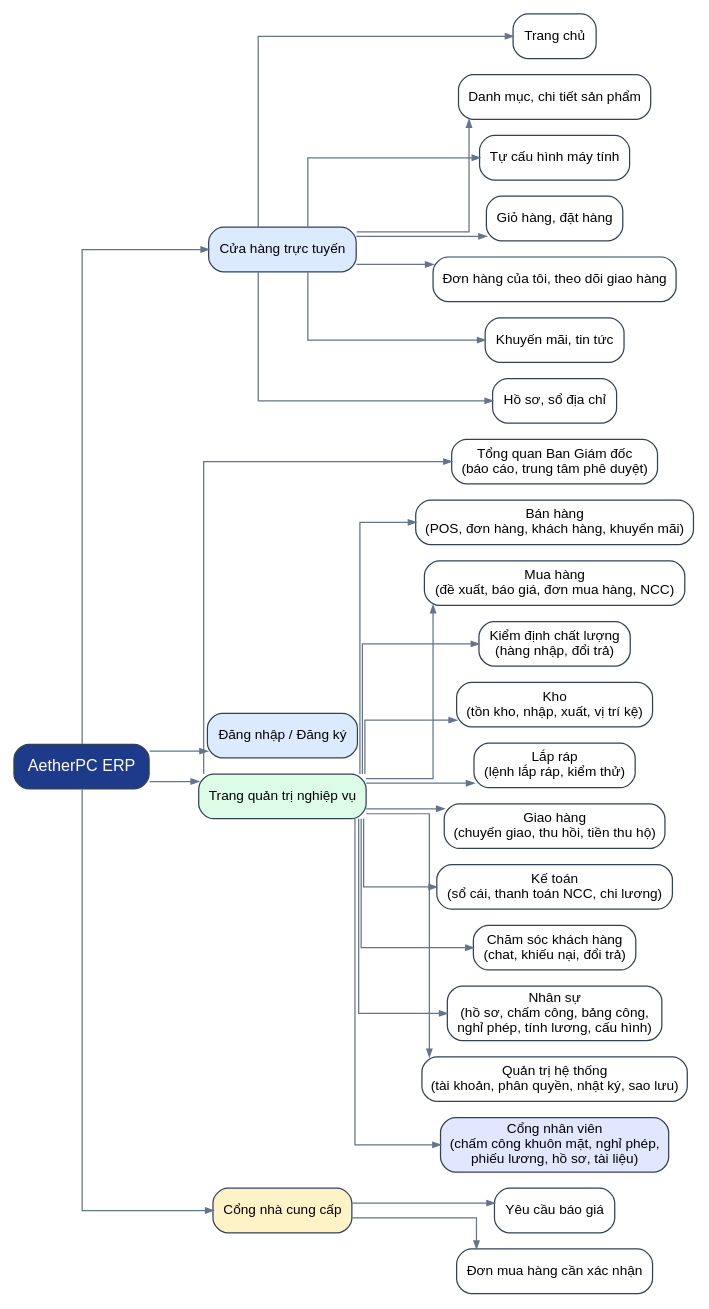
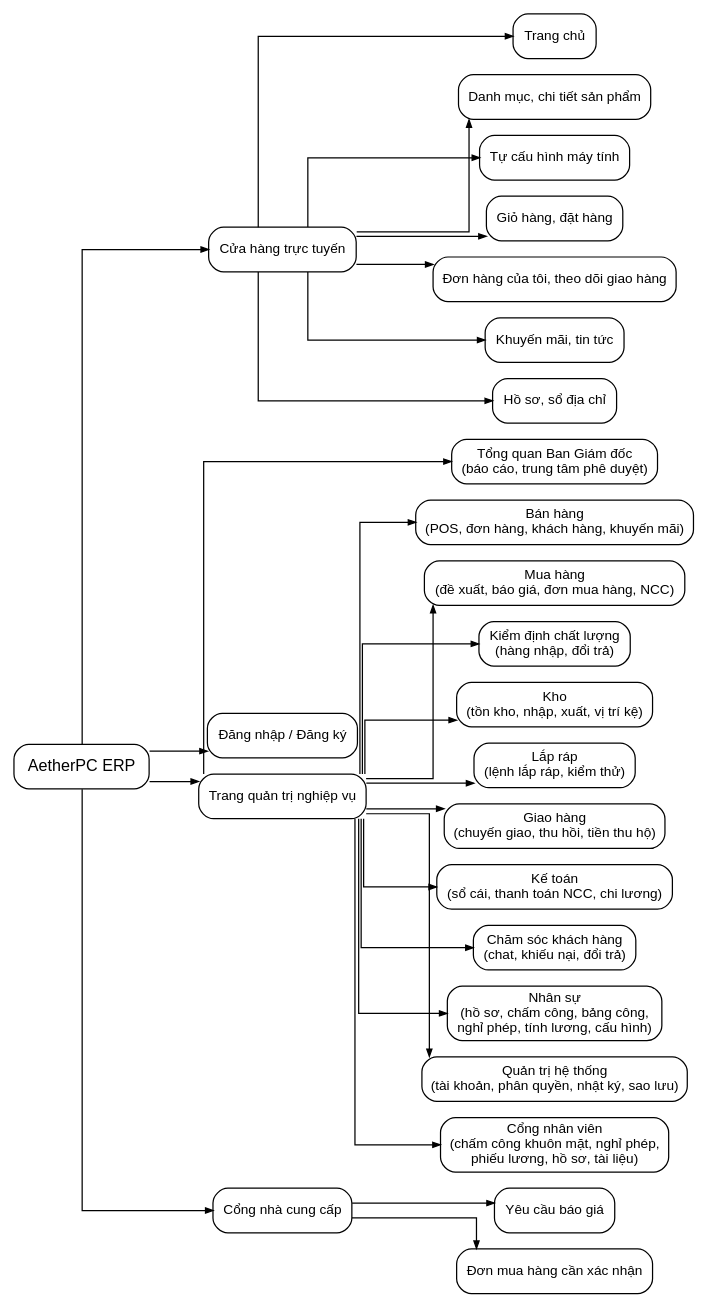
One commit to hoangmkid12/ERP_AetherPC changed the diagram in docs/diagrams/sitemap.dot. Above: the diagram before and after it, drawn with Graphviz. The commit also changed 181 other files, not shown here.

```diff
--- a/docs/diagrams/sitemap.dot
+++ b/docs/diagrams/sitemap.dot
@@ -1,37 +1,37 @@
 // Sơ đồ site map của hệ thống AetherPC ERP (Hình 5.x trong báo cáo).
 digraph Sitemap {
   charset="UTF-8";
   graph [rankdir=LR, splines=ortho, nodesep=0.18, ranksep=0.55, fontname="Arial", bgcolor=white];
-  node [shape=box, style="rounded,filled", fillcolor="#ffffff", color="#334155", fontname="Arial", fontsize=11, margin="0.12,0.06"];
-  edge [color="#64748b", arrowsize=0.6];
+  node [shape=box, style="rounded,filled", fillcolor="#ffffff", color="#000000", fontname="Arial", fontsize=11, margin="0.12,0.06"];
+  edge [color="#000000", arrowsize=0.6];
 
-  root [label="AetherPC ERP", fillcolor="#1e3a8a", fontcolor="white", fontsize=13];
+  root [label="AetherPC ERP", fillcolor="#ffffff", fontcolor="black", fontsize=13];
 
-  store [label="Cửa hàng trực tuyến", fillcolor="#dbeafe"];
-  login [label="Đăng nhập / Đăng ký", fillcolor="#dbeafe"];
-  admin [label="Trang quản trị nghiệp vụ", fillcolor="#dcfce7"];
-  supplier [label="Cổng nhà cung cấp", fillcolor="#fef3c7"];
+  store [label="Cửa hàng trực tuyến", fillcolor="#ffffff"];
+  login [label="Đăng nhập / Đăng ký", fillcolor="#ffffff"];
+  admin [label="Trang quản trị nghiệp vụ", fillcolor="#ffffff"];
+  supplier [label="Cổng nhà cung cấp", fillcolor="#ffffff"];
   root -> {store login admin supplier};
 
   s1 [label="Trang chủ"]; s2 [label="Danh mục, chi tiết sản phẩm"]; s3 [label="Tự cấu hình máy tính"];
   s4 [label="Giỏ hàng, đặt hàng"]; s5 [label="Đơn hàng của tôi, theo dõi giao hàng"]; s6 [label="Khuyến mãi, tin tức"];
   s7 [label="Hồ sơ, sổ địa chỉ"];
   store -> {s1 s2 s3 s4 s5 s6 s7};
 
   a0 [label="Tổng quan Ban Giám đốc\n(báo cáo, trung tâm phê duyệt)"];
   a1 [label="Bán hàng\n(POS, đơn hàng, khách hàng, khuyến mãi)"];
   a2 [label="Mua hàng\n(đề xuất, báo giá, đơn mua hàng, NCC)"];
   a3 [label="Kiểm định chất lượng\n(hàng nhập, đổi trả)"];
   a4 [label="Kho\n(tồn kho, nhập, xuất, vị trí kệ)"];
   a5 [label="Lắp ráp\n(lệnh lắp ráp, kiểm thử)"];
   a6 [label="Giao hàng\n(chuyến giao, thu hồi, tiền thu hộ)"];
   a7 [label="Kế toán\n(sổ cái, thanh toán NCC, chi lương)"];
   a8 [label="Chăm sóc khách hàng\n(chat, khiếu nại, đổi trả)"];
   a9 [label="Nhân sự\n(hồ sơ, chấm công, bảng công,\nnghỉ phép, tính lương, cấu hình)"];
   a10 [label="Quản trị hệ thống\n(tài khoản, phân quyền, nhật ký, sao lưu)"];
-  a11 [label="Cổng nhân viên\n(chấm công khuôn mặt, nghỉ phép,\nphiếu lương, hồ sơ, tài liệu)", fillcolor="#e0e7ff"];
+  a11 [label="Cổng nhân viên\n(chấm công khuôn mặt, nghỉ phép,\nphiếu lương, hồ sơ, tài liệu)", fillcolor="#ffffff"];
   admin -> {a0 a1 a2 a3 a4 a5 a6 a7 a8 a9 a10 a11};
 
   p1 [label="Yêu cầu báo giá"]; p2 [label="Đơn mua hàng cần xác nhận"];
   supplier -> {p1 p2};
 }
```
